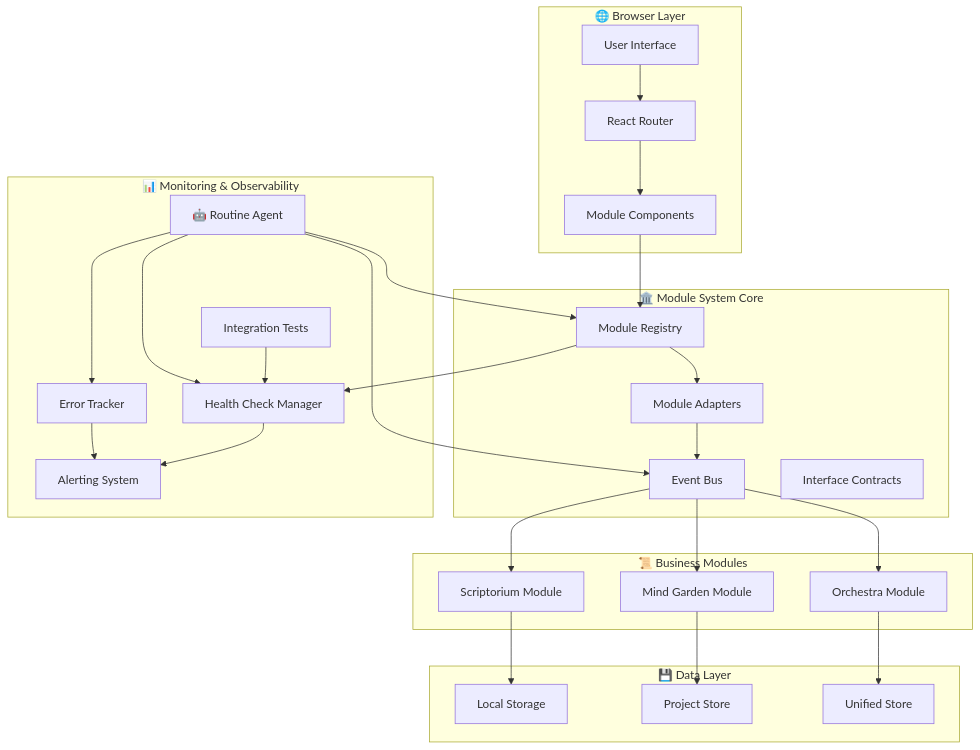
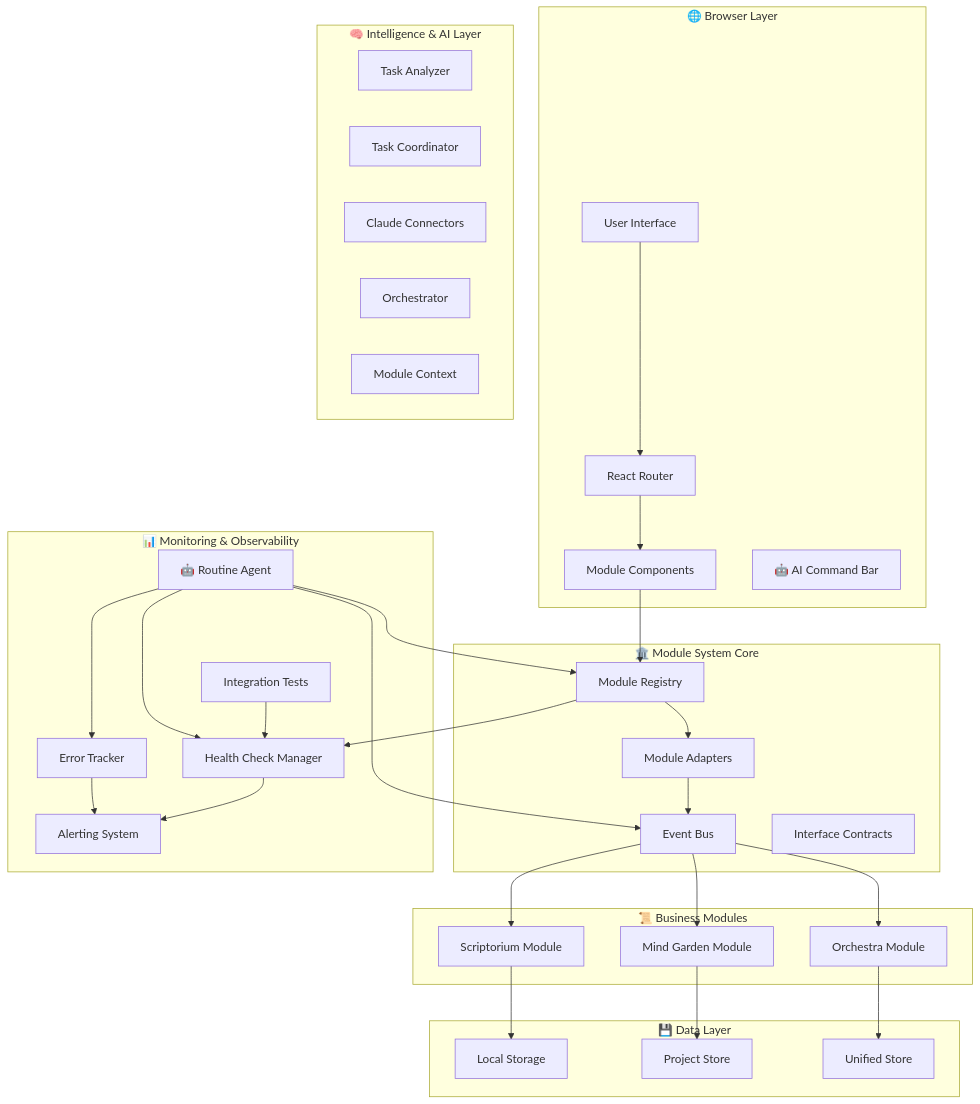
One commit to PRicaldone/atelier changed the first of 16 diagrams in docs/architecture/VISUAL_ARCHITECTURE.md. Above: the diagram before and after it, drawn with Mermaid. The commit also changed 17 other files, not shown here.

````diff
--- a/docs/architecture/VISUAL_ARCHITECTURE.md
+++ b/docs/architecture/VISUAL_ARCHITECTURE.md
@@ -7,57 +7,66 @@
 ```mermaid
 graph TB
     subgraph "🌐 Browser Layer"
         UI[User Interface]
         Routes[React Router]
         Components[Module Components]
+        AICommandBar[🤖 AI Command Bar]
     end
 
     subgraph "🏛️ Module System Core"
         Registry[Module Registry]
         EventBus[Event Bus]
         Adapters[Module Adapters]
         Contracts[Interface Contracts]
+    end
+
+    subgraph "🧠 Intelligence & AI Layer"
+        TaskAnalyzer[Task Analyzer]
+        TaskCoordinator[Task Coordinator]
+        ClaudeConnectors[Claude Connectors]
+        Orchestrator[Orchestrator]
+        ModuleContext[Module Context]
     end
 
     subgraph "📊 Monitoring & Observability"
         HealthChecks[Health Check Manager]
         ErrorTracker[Error Tracker]
         AlertSystem[Alerting System]
         TestSuite[Integration Tests]
         RoutineAgent[🤖 Routine Agent]
     end
 
     subgraph "📜 Business Modules"
         Scriptorium[Scriptorium Module]
         MindGarden[Mind Garden Module]
         Orchestra[Orchestra Module]
     end
 
     subgraph "💾 Data Layer"
         LocalStorage[Local Storage]
         ProjectStore[Project Store]
         UnifiedStore[Unified Store]
     end
 
     UI --> Routes
     Routes --> Components
     Components --> Registry
     Registry --> Adapters
     Adapters --> EventBus
     EventBus --> Scriptorium
     EventBus --> MindGarden
     EventBus --> Orchestra
     
     Registry --> HealthChecks
     HealthChecks --> AlertSystem
     ErrorTracker --> AlertSystem
     TestSuite --> HealthChecks
     RoutineAgent --> Registry
     RoutineAgent --> EventBus
     RoutineAgent --> ErrorTracker
     RoutineAgent --> HealthChecks
     
     Scriptorium --> LocalStorage
     MindGarden --> ProjectStore
     Orchestra --> UnifiedStore
 ```
````
